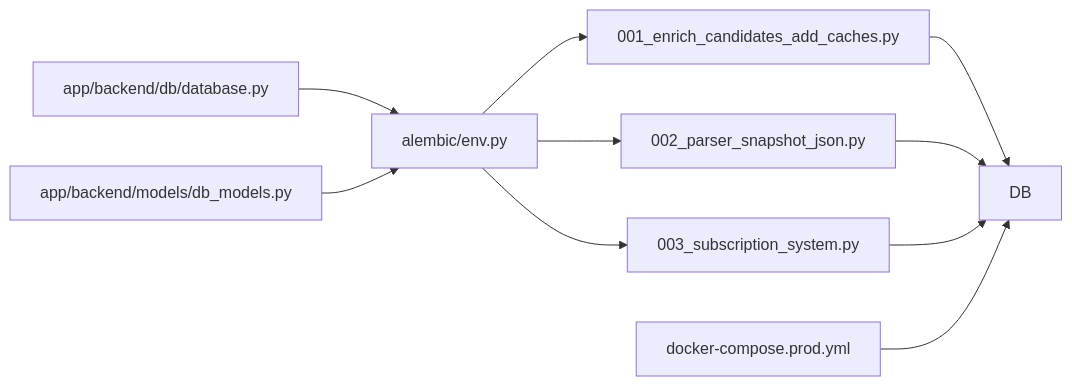
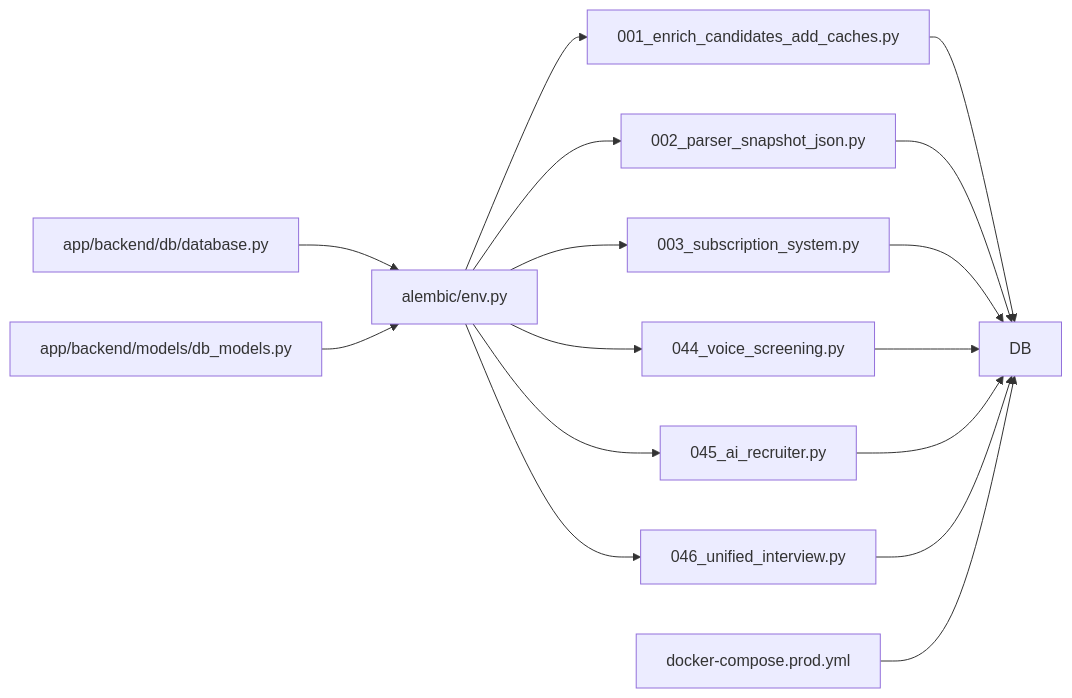
The sixth of 6 diagrams in .qoder/repowiki/en/content/Database Design/Migration Management.md (Revanththetalogics/aireume), drawn with Mermaid before and after one commit. The commit also changed other lines of this file and 32 other files, not shown here.

````diff
--- a/.qoder/repowiki/en/content/Database Design/Migration Management.md
+++ b/.qoder/repowiki/en/content/Database Design/Migration Management.md
@@ -363,12 +515,18 @@
 ```mermaid
 graph LR
 DBPY["app/backend/db/database.py"] --> ENV["alembic/env.py"]
 MODELS["app/backend/models/db_models.py"] --> ENV
 ENV --> V1["001_enrich_candidates_add_caches.py"]
 ENV --> V2["002_parser_snapshot_json.py"]
 ENV --> V3["003_subscription_system.py"]
+ENV --> V4["044_voice_screening.py"]
+ENV --> V5["045_ai_recruiter.py"]
+ENV --> V6["046_unified_interview.py"]
 V1 --> DB
 V2 --> DB
 V3 --> DB
+V4 --> DB
+V5 --> DB
+V6 --> DB
 PROD["docker-compose.prod.yml"] --> DB
 ```
````
